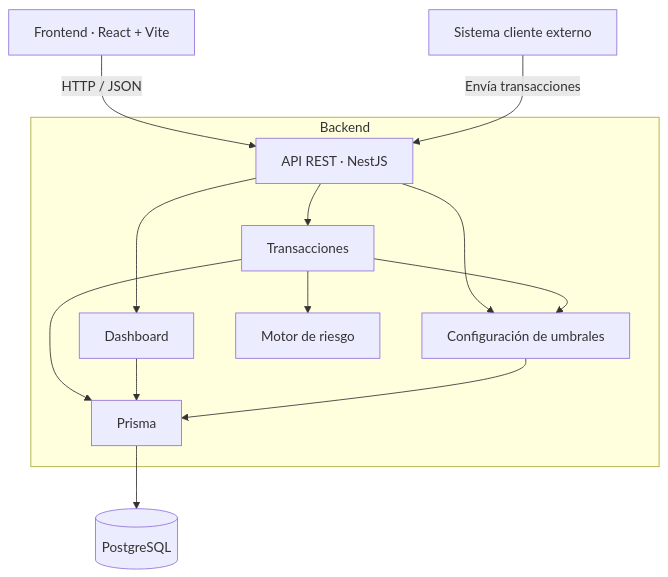
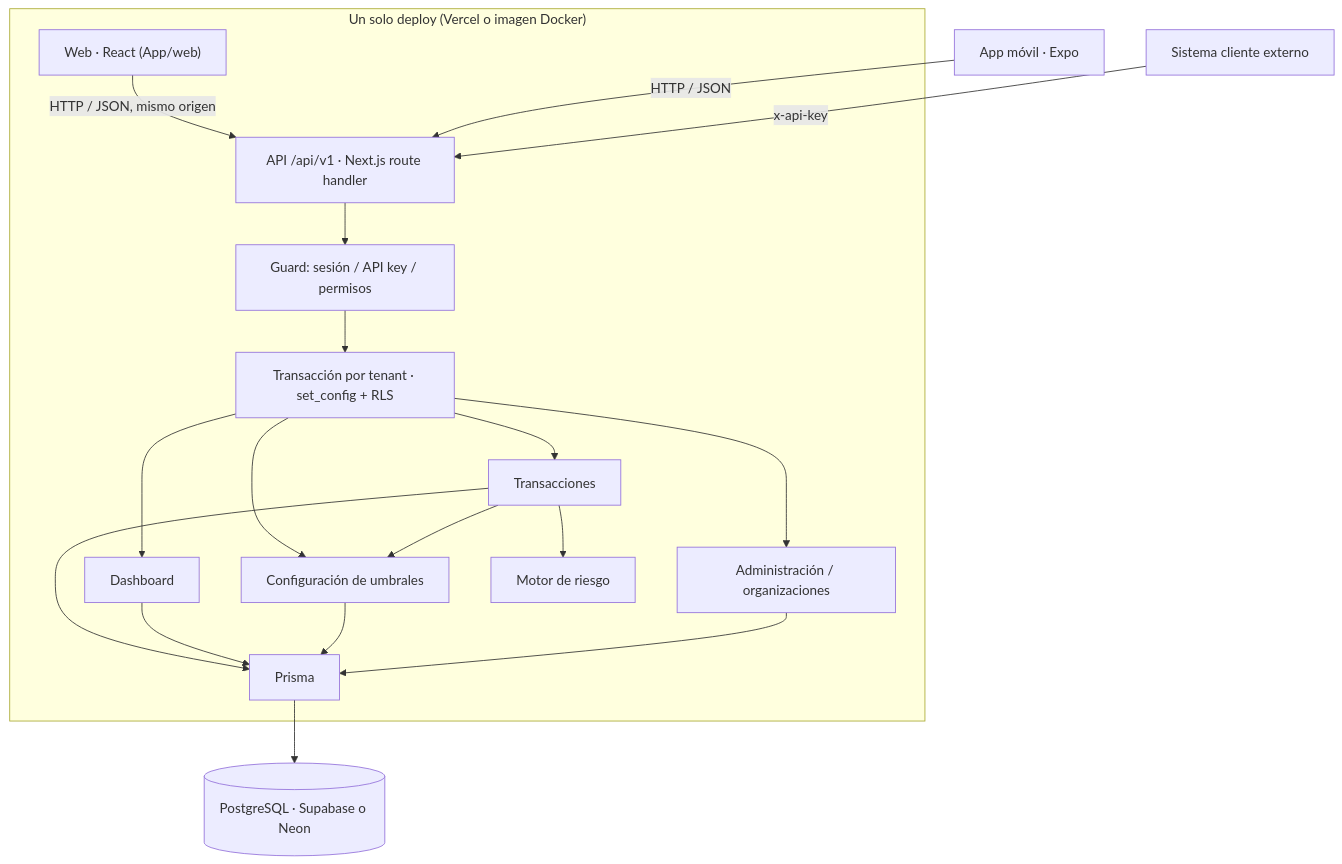
Before and after one commit to fguerrero2/FraudLens-prototipo: the diagram in estructura.md, drawn with Mermaid. The commit also changed 4686 other files, not shown here.

First line of the commit message:
Reconvertir el prototipo a Next.js con un solo deploy en Vercel y PostgreSQL

````diff
--- a/estructura.md
+++ b/estructura.md
@@ -1,16 +1,22 @@
 ```mermaid
 flowchart TD
-    A["Frontend · React + Vite"] -->|HTTP / JSON| B["API REST · NestJS"]
-    C["Sistema cliente externo"] -->|Envía transacciones| B
-    subgraph Backend
-        B --> T["Transacciones"]
-        B --> D["Dashboard"]
-        B --> S["Configuración de umbrales"]
+    W["Web · React (App/web)"] -->|HTTP / JSON, mismo origen| B["API /api/v1 · Next.js route handler"]
+    M["App móvil · Expo"] -->|HTTP / JSON| B
+    C["Sistema cliente externo"] -->|x-api-key| B
+    subgraph Vercel ["Un solo deploy (Vercel o imagen Docker)"]
+        W
+        B --> G["Guard: sesión / API key / permisos"]
+        G --> X["Transacción por tenant · set_config + RLS"]
+        X --> T["Transacciones"]
+        X --> D["Dashboard"]
+        X --> S["Configuración de umbrales"]
+        X --> A["Administración / organizaciones"]
         T --> R["Motor de riesgo"]
         T --> S
         T --> P["Prisma"]
         D --> P
         S --> P
+        A --> P
     end
-    P --> DB[("PostgreSQL")]
+    P --> DB[("PostgreSQL · Supabase o Neon")]
 ```
````
